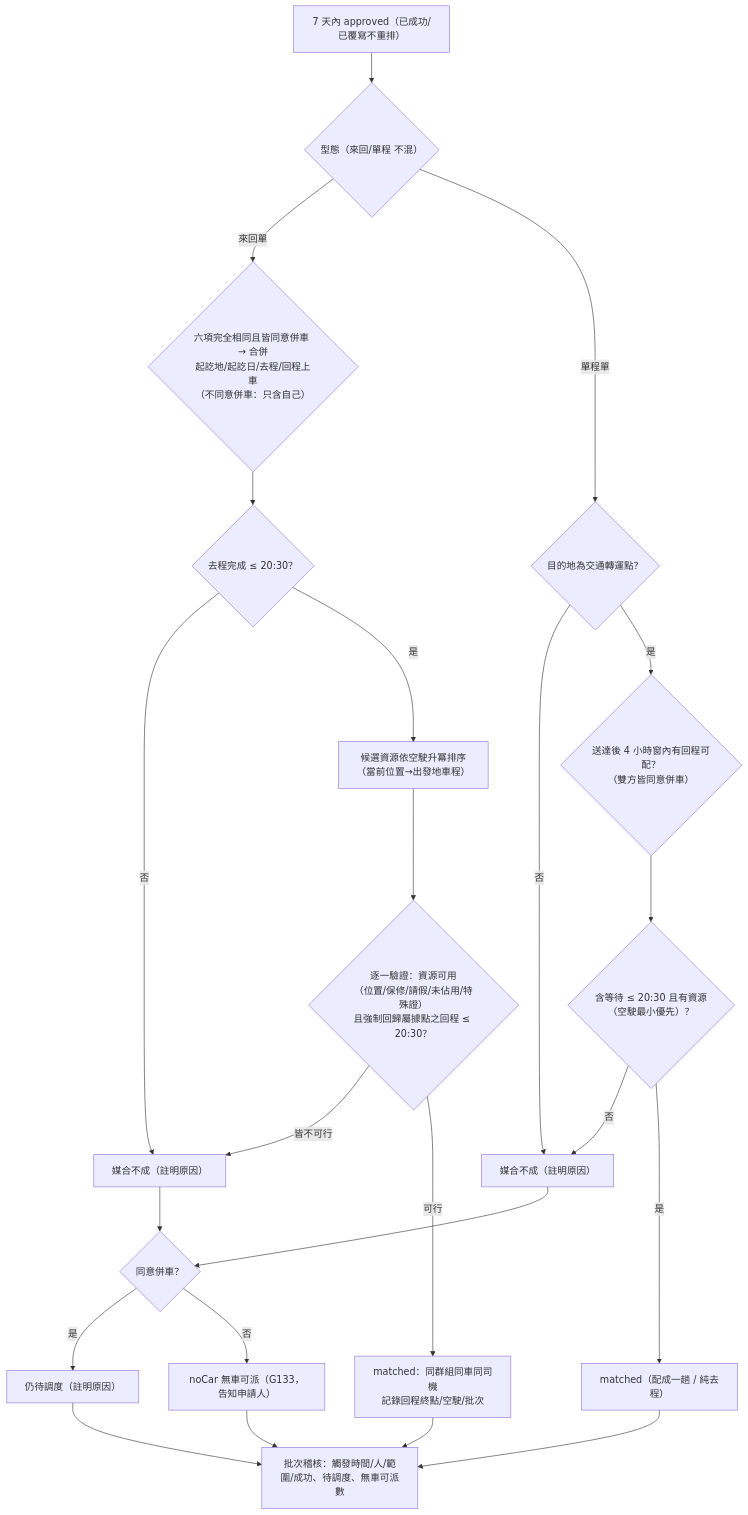
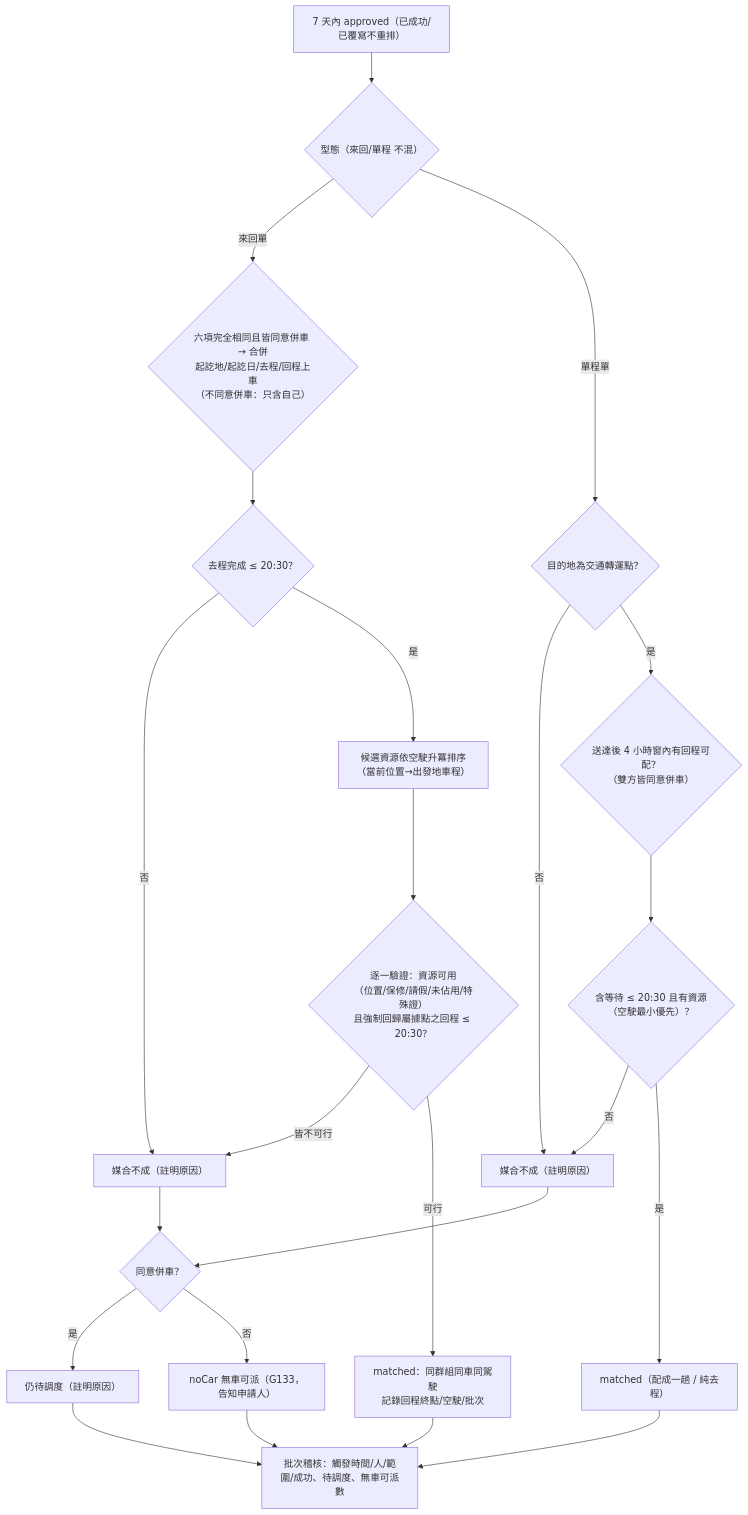
Before and after one commit to khcheng77/car-transport: the sixth of 6 diagrams in docs/LOGIC.md, drawn with Mermaid. The commit also changed other lines of this file and 20 other files, not shown here.

````diff
--- a/docs/LOGIC.md
+++ b/docs/LOGIC.md
@@ -438,25 +439,25 @@
 ```mermaid
 flowchart TD
   B0["7 天內 approved（已成功/已覆寫不重排）"] --> T{"型態（來回/單程 不混）"}
   T -- 來回單 --> R1{"六項完全相同且皆同意併車 → 合併<br/>起訖地/起訖日/去程/回程上車<br/>（不同意併車：只含自己）"}
   R1 --> R2{"去程完成 ≤ 20:30？"}
   R2 -- 否 --> RC["媒合不成（註明原因）"]
   R2 -- 是 --> R3["候選資源依空駛升冪排序<br/>（當前位置→出發地車程）"]
   R3 --> R4{"逐一驗證：資源可用<br/>（位置/保修/請假/未佔用/特殊證）<br/>且強制回歸屬據點之回程 ≤ 20:30？"}
   R4 -- 皆不可行 --> RC
-  R4 -- 可行 --> RM["matched：同群組同車同司機<br/>記錄回程終點/空駛/批次"]
+  R4 -- 可行 --> RM["matched：同群組同車同駕駛<br/>記錄回程終點/空駛/批次"]
   T -- 單程單 --> O1{"目的地為交通轉運點？"}
   O1 -- 否 --> OC["媒合不成（註明原因）"]
   O1 -- 是 --> O2{"送達後 4 小時窗內有回程可配？<br/>（雙方皆同意併車）"}
   O2 --> O3{"含等待 ≤ 20:30 且有資源（空駛最小優先）？"}
   O3 -- 否 --> OC
   O3 -- 是 --> OM["matched（配成一趟 / 純去程）"]
   RC --> NC{"同意併車？"}
   OC --> NC
   NC -- 是 --> RW["仍待調度（註明原因）"]
   NC -- 否 --> RN["noCar 無車可派（G133，告知申請人）"]
   RM --> AU["批次稽核：觸發時間/人/範圍/成功、待調度、無車可派數"]
   OM --> AU
   RW --> AU
   RN --> AU
 ```
````
